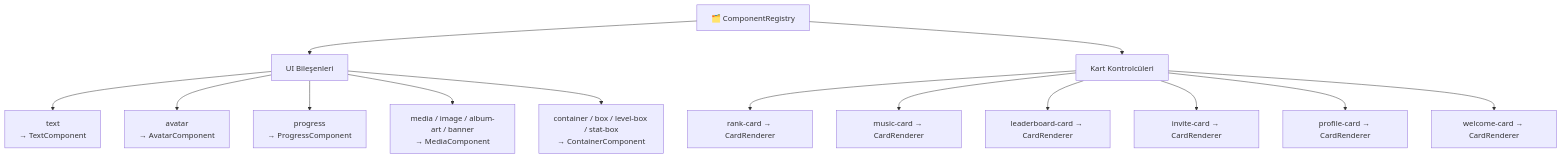
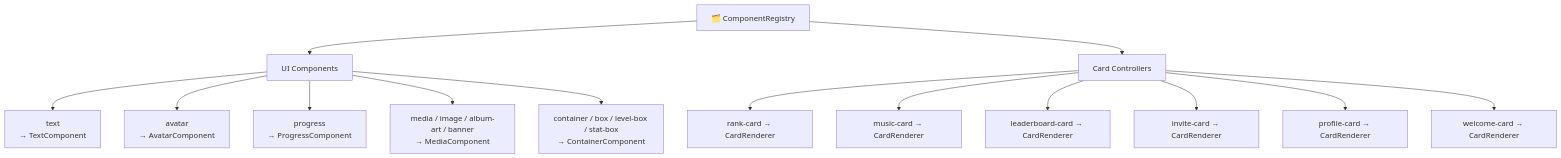
The sixth of 9 diagrams in docs/core-concepts/system-architecture.md (ManyMQ/modular), drawn with Mermaid before and after one commit. The commit also changed other lines of this file, not shown here.

First line of the commit message:
Docs: Add system architecture overview with diagrams

````diff
--- a/docs/core-concepts/system-architecture.md
+++ b/docs/core-concepts/system-architecture.md
@@ -218,20 +218,20 @@
 ```mermaid
 graph TD
     REG["🗂️ ComponentRegistry"]
 
-    REG --> UI["UI Bileşenleri"]
-    REG --> CARD["Kart Kontrolcüleri"]
+    REG --> UI["UI Components"]
+    REG --> CARD["Card Controllers"]
 
     UI --> T["text\n→ TextComponent"]
     UI --> AV["avatar\n→ AvatarComponent"]
     UI --> PR["progress\n→ ProgressComponent"]
     UI --> ME["media / image / album-art / banner\n→ MediaComponent"]
     UI --> CO["container / box / level-box / stat-box\n→ ContainerComponent"]
 
     CARD --> RK["rank-card → CardRenderer"]
     CARD --> MU["music-card → CardRenderer"]
     CARD --> LB["leaderboard-card → CardRenderer"]
     CARD --> IV["invite-card → CardRenderer"]
     CARD --> PF["profile-card → CardRenderer"]
     CARD --> WL["welcome-card → CardRenderer"]
 ```
````
